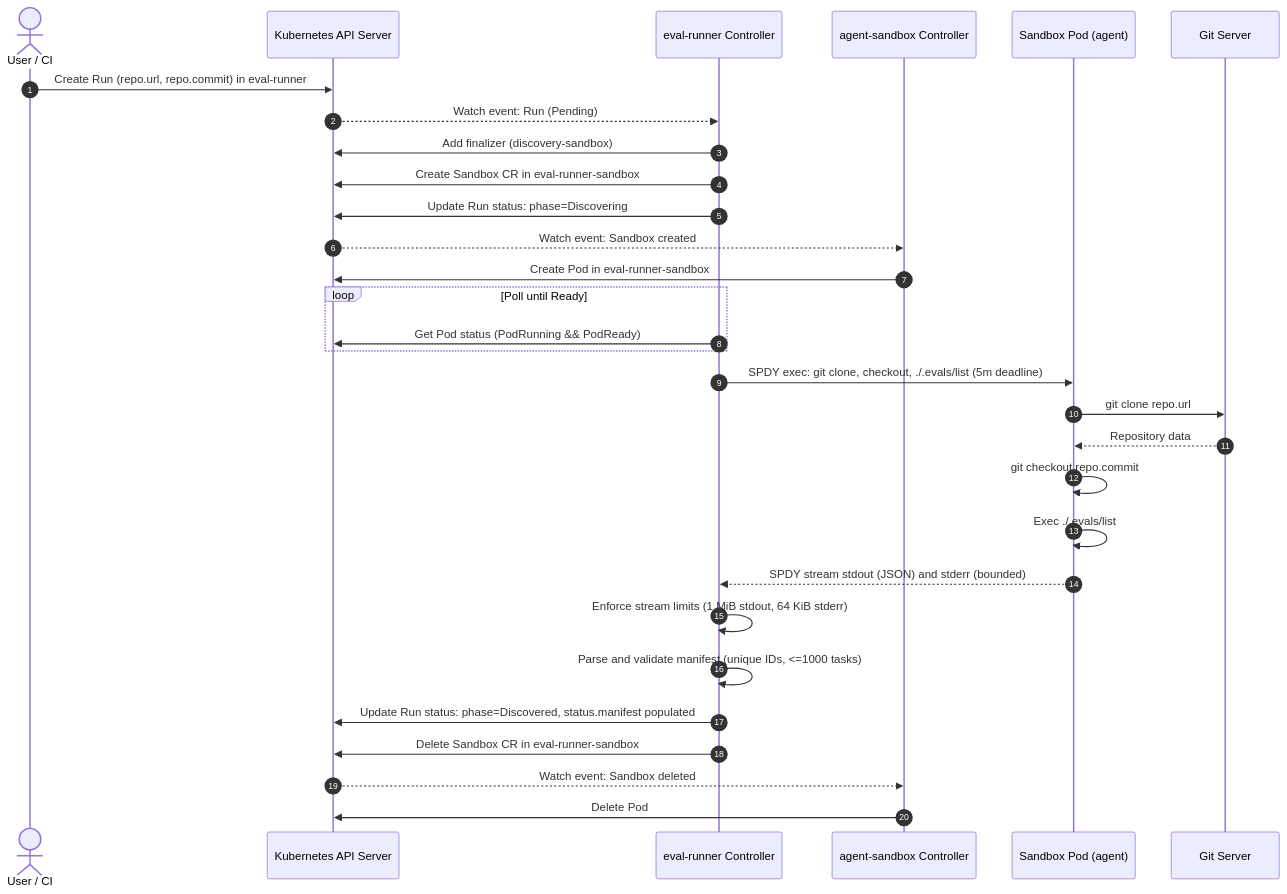
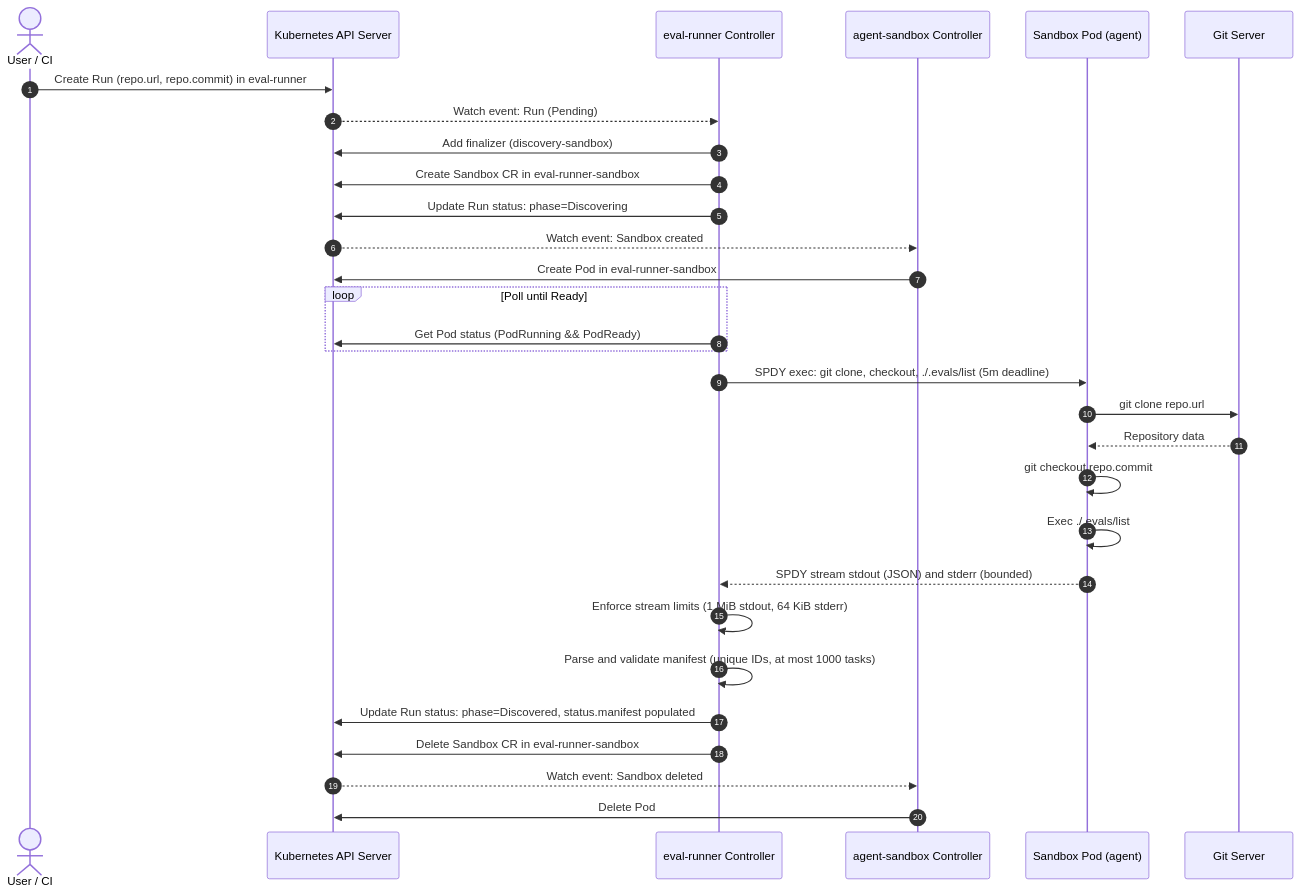
One commit to codebot-robot/eval-runner changed the diagram in docs/architecture.md. Above: the diagram before and after it, drawn with Mermaid. The commit also changed other lines of this file and 2 other files, not shown here.

Commit message:
fixup! docs: architecture.md describing what exists today, plus a decisions log

````diff
--- a/docs/architecture.md
+++ b/docs/architecture.md
@@ -178,33 +178,33 @@
 ```mermaid
 sequenceDiagram
     autonumber
     actor User as User / CI
     participant API as Kubernetes API Server
     participant Ctrl as eval-runner Controller
     participant SB as agent-sandbox Controller
     participant Pod as Sandbox Pod (agent)
     participant Git as Git Server
 
     User->>API: Create Run (repo.url, repo.commit) in eval-runner
     API-->>Ctrl: Watch event: Run (Pending)
     Ctrl->>API: Add finalizer (discovery-sandbox)
     Ctrl->>API: Create Sandbox CR in eval-runner-sandbox
     Ctrl->>API: Update Run status: phase=Discovering
     API-->>SB: Watch event: Sandbox created
     SB->>API: Create Pod in eval-runner-sandbox
     loop Poll until Ready
         Ctrl->>API: Get Pod status (PodRunning && PodReady)
     end
     Ctrl->>Pod: SPDY exec: git clone, checkout, ./.evals/list (5m deadline)
     Pod->>Git: git clone repo.url
     Git-->>Pod: Repository data
     Pod->>Pod: git checkout repo.commit
     Pod->>Pod: Exec ./.evals/list
     Pod-->>Ctrl: SPDY stream stdout (JSON) and stderr (bounded)
     Ctrl->>Ctrl: Enforce stream limits (1 MiB stdout, 64 KiB stderr)
-    Ctrl->>Ctrl: Parse and validate manifest (unique IDs, <=1000 tasks)
+    Ctrl->>Ctrl: Parse and validate manifest (unique IDs, at most 1000 tasks)
     Ctrl->>API: Update Run status: phase=Discovered, status.manifest populated
     Ctrl->>API: Delete Sandbox CR in eval-runner-sandbox
     API-->>SB: Watch event: Sandbox deleted
     SB->>API: Delete Pod
 ```
````
